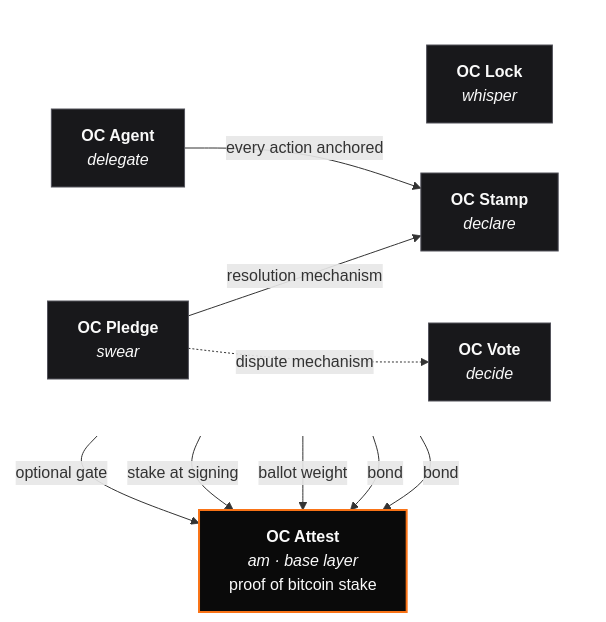
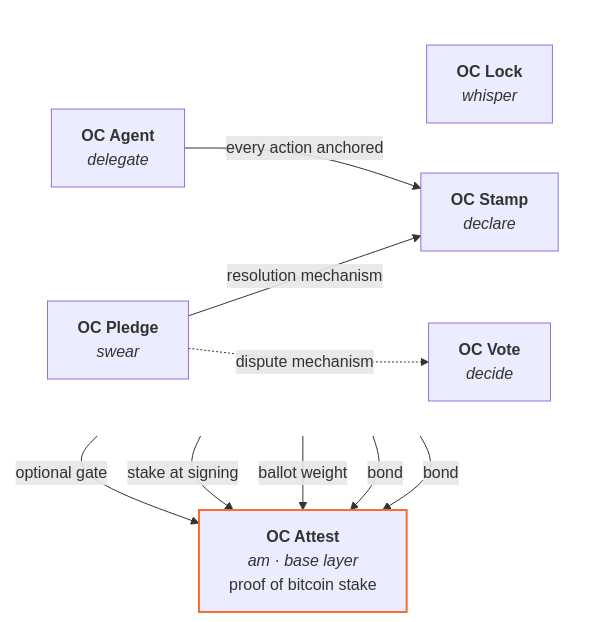
Before and after one commit to orangecheck/oc-docs: the diagram in src/pages/index.mdx, drawn with Mermaid. The commit also changed other lines of this file and 37 other files, not shown here.

````diff
--- a/src/pages/index.mdx
+++ b/src/pages/index.mdx
@@ -32,28 +30,28 @@
 ```mermaid
 flowchart TB
     subgraph PEERS [" "]
         direction LR
         LOCK["<b>OC Lock</b><br/><i>whisper</i>"]
         STAMP["<b>OC Stamp</b><br/><i>declare</i>"]
         VOTE["<b>OC Vote</b><br/><i>decide</i>"]
         AGENT["<b>OC Agent</b><br/><i>delegate</i>"]
         PLEDGE["<b>OC Pledge</b><br/><i>swear</i>"]
     end
     ATTEST["<b>OC Attest</b><br/><i>am · base layer</i><br/>proof of bitcoin stake"]
 
     LOCK -->|optional gate| ATTEST
     STAMP -->|stake at signing| ATTEST
     VOTE -->|ballot weight| ATTEST
     AGENT -->|bond| ATTEST
     PLEDGE -->|bond| ATTEST
     PLEDGE -->|resolution mechanism| STAMP
     PLEDGE -.->|dispute mechanism| VOTE
     AGENT -->|every action anchored| STAMP
 
-    classDef base fill:#0a0a0a,stroke:#f97316,stroke-width:2px,color:#fafafa;
-    classDef peer fill:#18181b,stroke:#52525b,color:#fafafa;
+    classDef base stroke:#f66d36,stroke-width:2px;
+    classDef peer stroke-width:1px;
     classDef invisible fill:transparent,stroke:transparent;
     class ATTEST base;
     class LOCK,STAMP,VOTE,AGENT,PLEDGE peer;
     class PEERS invisible;
 ```
````
